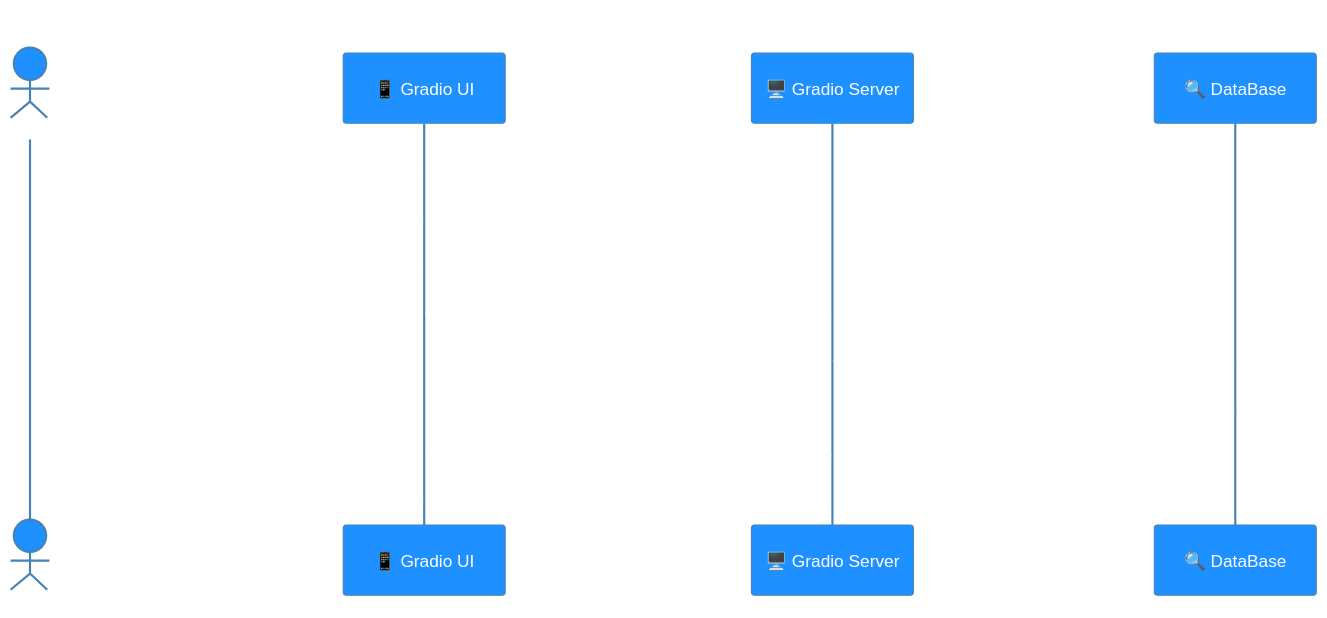
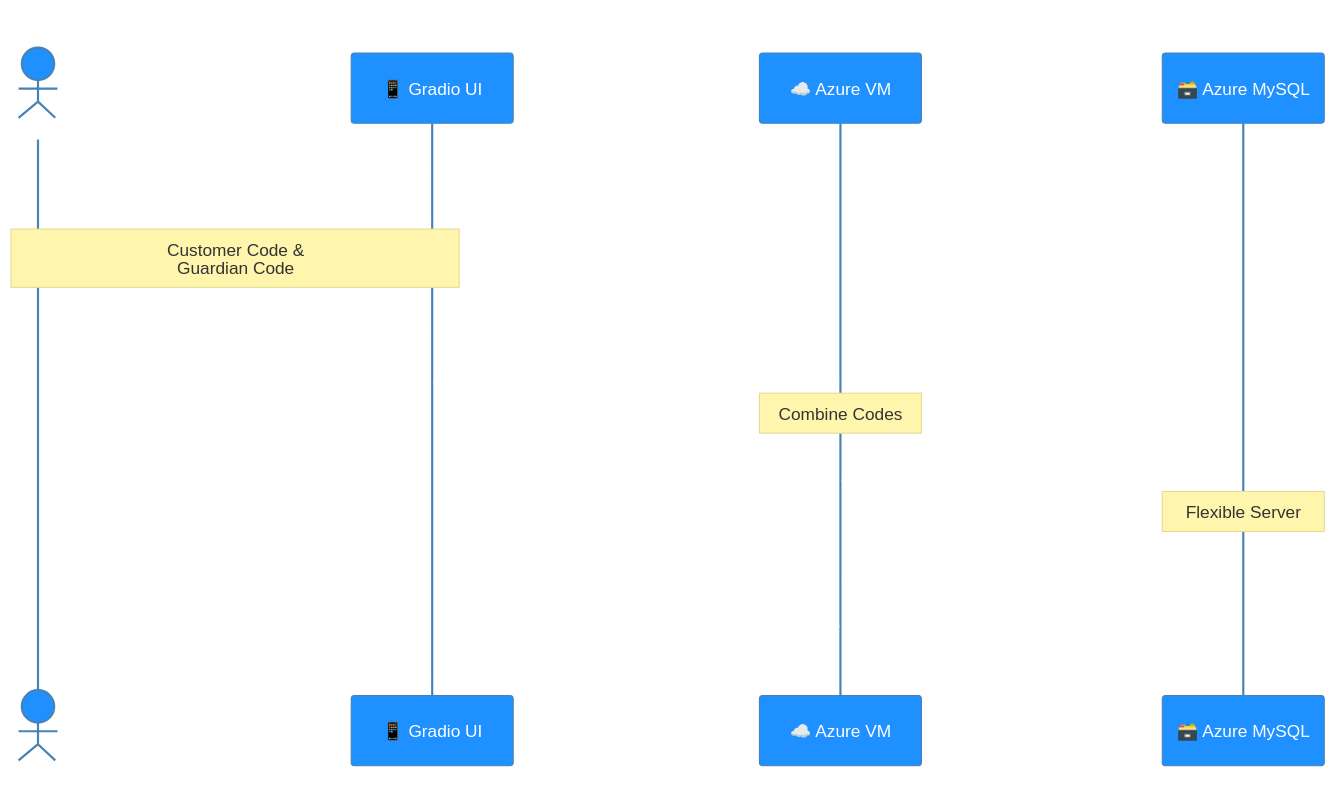
Before and after one commit to ms-five-guys/food-decoder: the first of 2 diagrams in README.md, drawn with Mermaid. The commit also changed other lines of this file, not shown here.

````diff
--- a/README.md
+++ b/README.md
@@ -36,32 +61,35 @@
 ```mermaid
 %%{
   init: {
     'theme': 'base',
     'themeVariables': {
       'primaryColor': '#1E90FF',
       'primaryTextColor': '#FFFFFF',
       'primaryBorderColor': '#4682B4',
       'lineColor': '#32CD32',
       'secondaryColor': '#FFD700',
       'tertiaryColor': '#F0F8FF'
     }
   }
 }%%
 
 sequenceDiagram
     title Customer Information and Nutrition Retrieval
     actor User
     participant UI as 📱 Gradio UI
-    participant Server as 🖥️ Gradio Server
-    participant DB as 🔍 DataBase
+    participant VM as ☁️ Azure VM
+    participant DB as 🗃️ Azure MySQL
     
     User->>UI: Access Interface
-    UI->>User: Request Customer Code
-    User->>UI: Enter Customer Code
-    UI->>Server: Send Customer Code
-    Server->>DB: Query Customer Info and Recent Nutrition
-    DB->>Server: Return Customer Info and Recent Nutrition
+    UI->>User: Request Codes
+    Note over User,UI: Customer Code &<br/>Guardian Code
+    User->>UI: Enter Both Codes
+    UI->>VM: Send Codes
+    Note over VM: Combine Codes
+    VM->>DB: Query Customer Info and Recent Nutrition
+    Note over DB: Flexible Server
+    DB->>VM: Return Customer Info and Recent Nutrition
     
-    Server->>UI: Display Customer Info and Recent Nutrition
+    VM->>UI: Display Customer Info and Recent Nutrition
     UI->>User: Show Customer Info and Recent Nutrition
 ```
````
